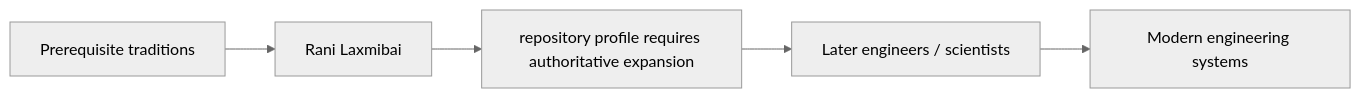
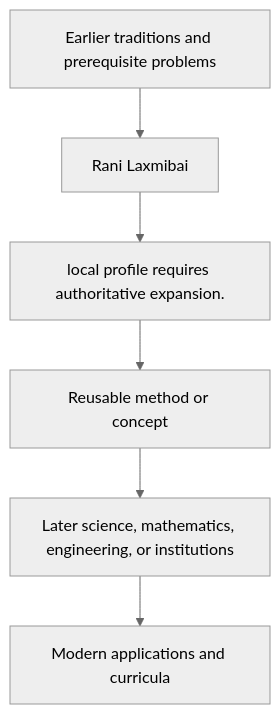
Before and after one commit to via-decide/ViaLogic: the diagram in docs/history/rani-laxmibai/influence.md, drawn with Mermaid (neutral theme). The commit also changed other lines of this file and 858 other files, not shown here.

````diff
--- a/docs/history/rani-laxmibai/influence.md
+++ b/docs/history/rani-laxmibai/influence.md
@@ -29,7 +16,8 @@
 ```mermaid
-graph LR
-  prerequisites["Prerequisite traditions"] --> current["Rani Laxmibai"]
-  current --> contribution["repository profile requires authoritative expansion"]
-  contribution --> successors["Later engineers / scientists"]
-  successors --> modern["Modern engineering systems"]
+graph TD
+  Prior[Earlier traditions and prerequisite problems] --> Person[Rani Laxmibai]
+  Person --> Contribution[local profile requires authoritative expansion.]
+  Contribution --> Method[Reusable method or concept]
+  Method --> Later[Later science, mathematics, engineering, or institutions]
+  Later --> Modern[Modern applications and curricula]
 ```
````
